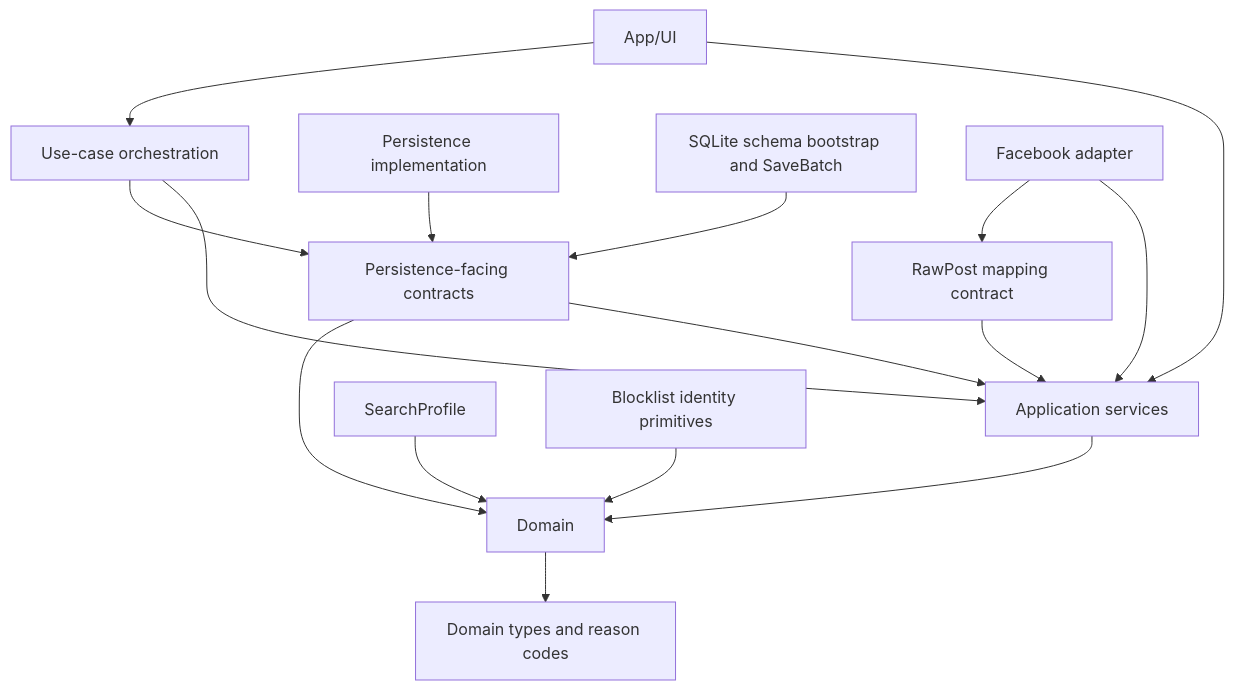
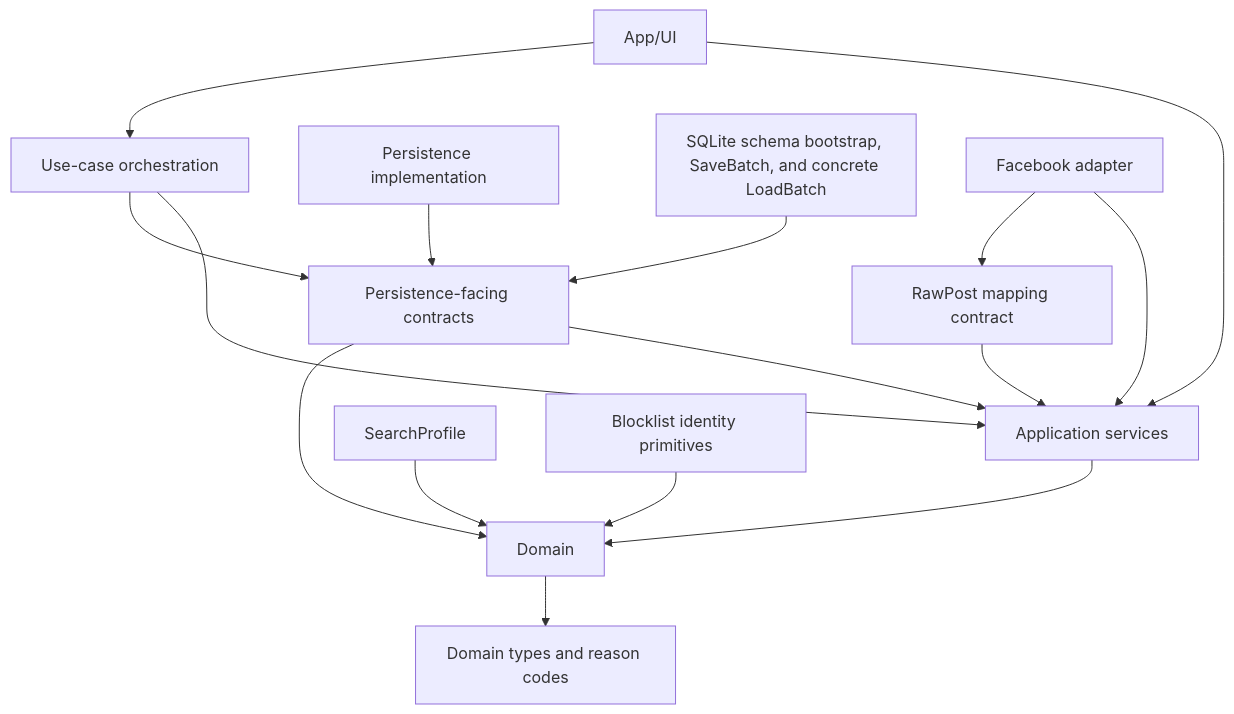
The diagram in docs/CODE_GRAPH.md (soleda2026/ScanFB), drawn with Mermaid before and after one commit. The commit also changed other lines of this file and 9 other files, not shown here.

Commit message:
feat(persistence): add fail-closed SQLite batch loading

````diff
--- a/docs/CODE_GRAPH.md
+++ b/docs/CODE_GRAPH.md
@@ -7,18 +7,18 @@
 ```mermaid
 flowchart TD
     UI["App/UI"] --> APP["Application services"]
     UI --> ORCH["Use-case orchestration"]
     ORCH --> APP
     ORCH --> PERSIST_CONTRACT
     APP --> DOMAIN["Domain"]
     PERSIST_CONTRACT["Persistence-facing contracts"] --> APP
     PERSIST_CONTRACT --> DOMAIN
     PERSIST_IMPL["Persistence implementation"] --> PERSIST_CONTRACT
-    SQLITE["SQLite schema bootstrap and SaveBatch"] --> PERSIST_CONTRACT
+    SQLITE["SQLite schema bootstrap, SaveBatch, and concrete LoadBatch"] --> PERSIST_CONTRACT
     FB["Facebook adapter"] --> APP
     FB --> RAW["RawPost mapping contract"]
     RAW --> APP
     PROFILE["SearchProfile"] --> DOMAIN
     DOMAIN --> TYPES["Domain types and reason codes"]
     BLOCKLIST["Blocklist identity primitives"] --> DOMAIN
 ```
````
